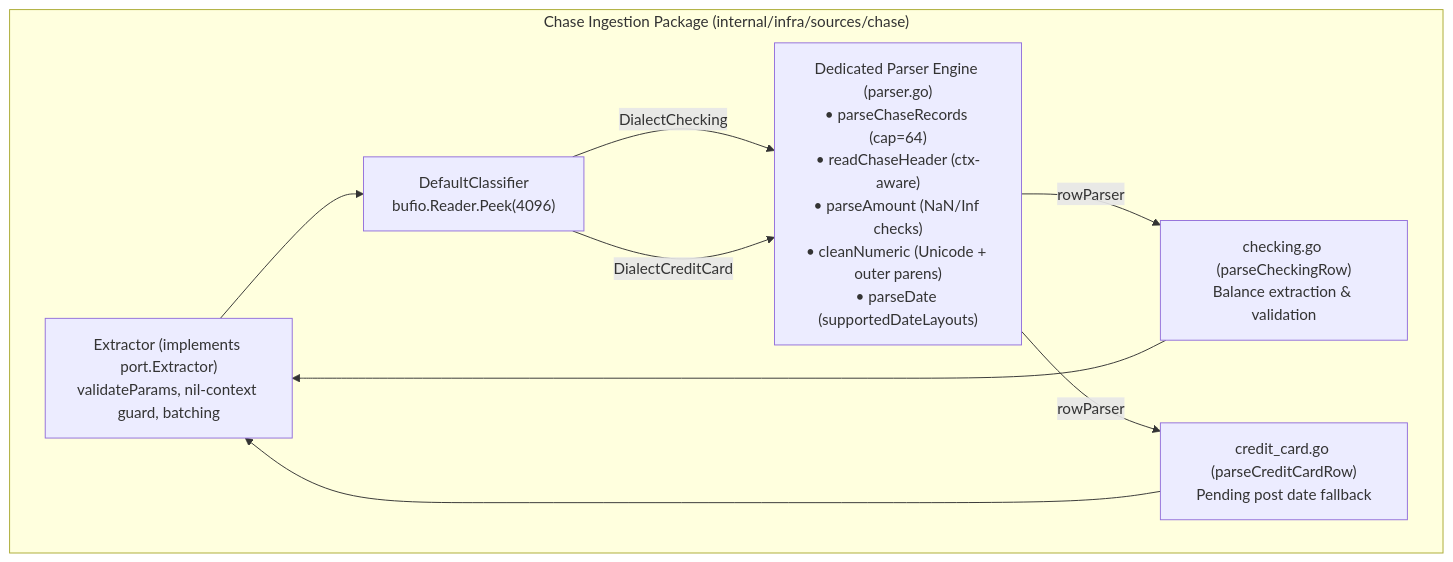
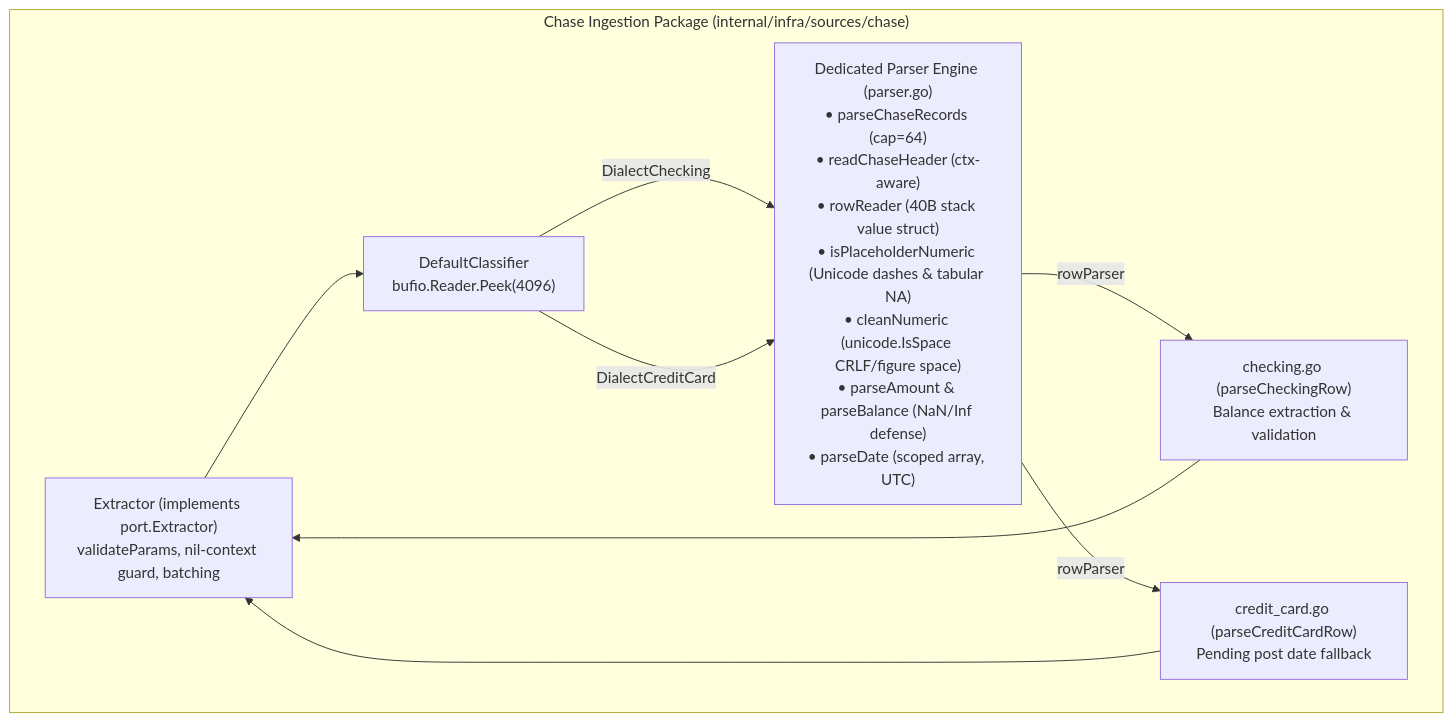
Before and after one commit to ajponte/babylon_data_loader: the second of 3 diagrams in docs/specs/hexagonal-ingestion-adapters.md, drawn with Mermaid. The commit also changed other lines of this file, not shown here.

````diff
--- a/docs/specs/hexagonal-ingestion-adapters.md
+++ b/docs/specs/hexagonal-ingestion-adapters.md
@@ -160,18 +160,18 @@
 ```mermaid
 flowchart TD
     subgraph ChasePkg ["Chase Ingestion Package (internal/infra/sources/chase)"]
         EXT["Extractor (implements port.Extractor)<br/>validateParams, nil-context guard, batching"]
         CLS["DefaultClassifier<br/>bufio.Reader.Peek(4096)"]
-        PRS["Dedicated Parser Engine (parser.go)<br/>• parseChaseRecords (cap=64)<br/>• readChaseHeader (ctx-aware)<br/>• parseAmount (NaN/Inf checks)<br/>• cleanNumeric (Unicode + outer parens)<br/>• parseDate (supportedDateLayouts)"]
+        PRS["Dedicated Parser Engine (parser.go)<br/>• parseChaseRecords (cap=64)<br/>• readChaseHeader (ctx-aware)<br/>• rowReader (40B stack value struct)<br/>• isPlaceholderNumeric (Unicode dashes & tabular NA)<br/>• cleanNumeric (unicode.IsSpace CRLF/figure space)<br/>• parseAmount & parseBalance (NaN/Inf defense)<br/>• parseDate (scoped array, UTC)"]
         CHK["checking.go (parseCheckingRow)<br/>Balance extraction & validation"]
         CC["credit_card.go (parseCreditCardRow)<br/>Pending post date fallback"]
     end
 
     EXT --> CLS
     CLS -->|DialectChecking| PRS
     CLS -->|DialectCreditCard| PRS
     PRS -->|rowParser| CHK
     PRS -->|rowParser| CC
     CHK --> EXT
     CC --> EXT
 ```
````
